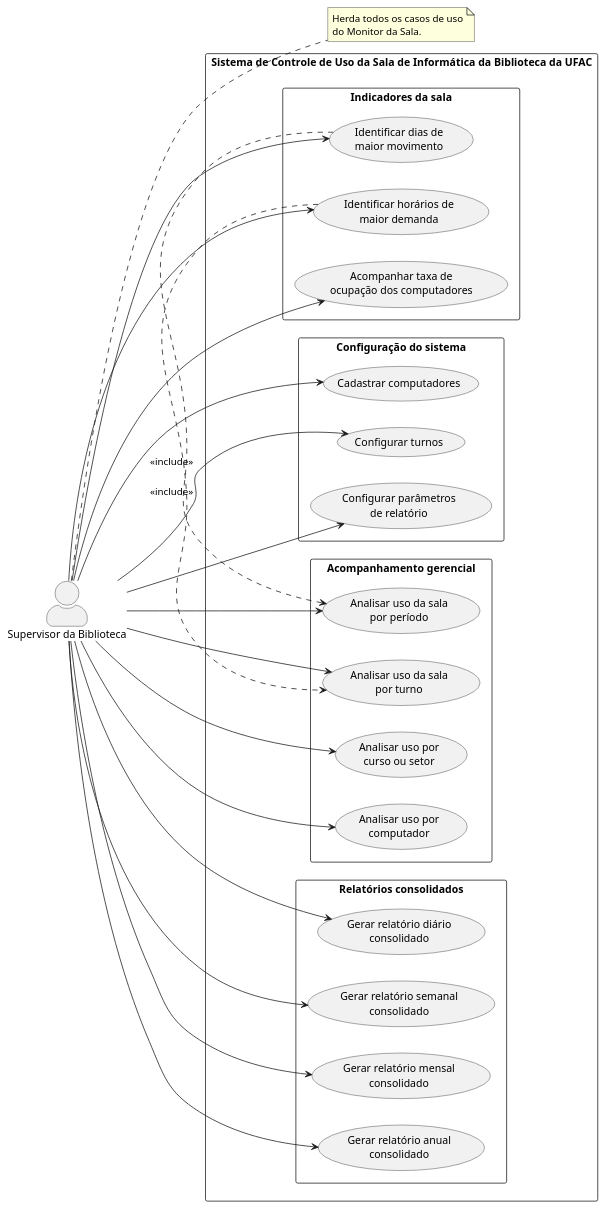
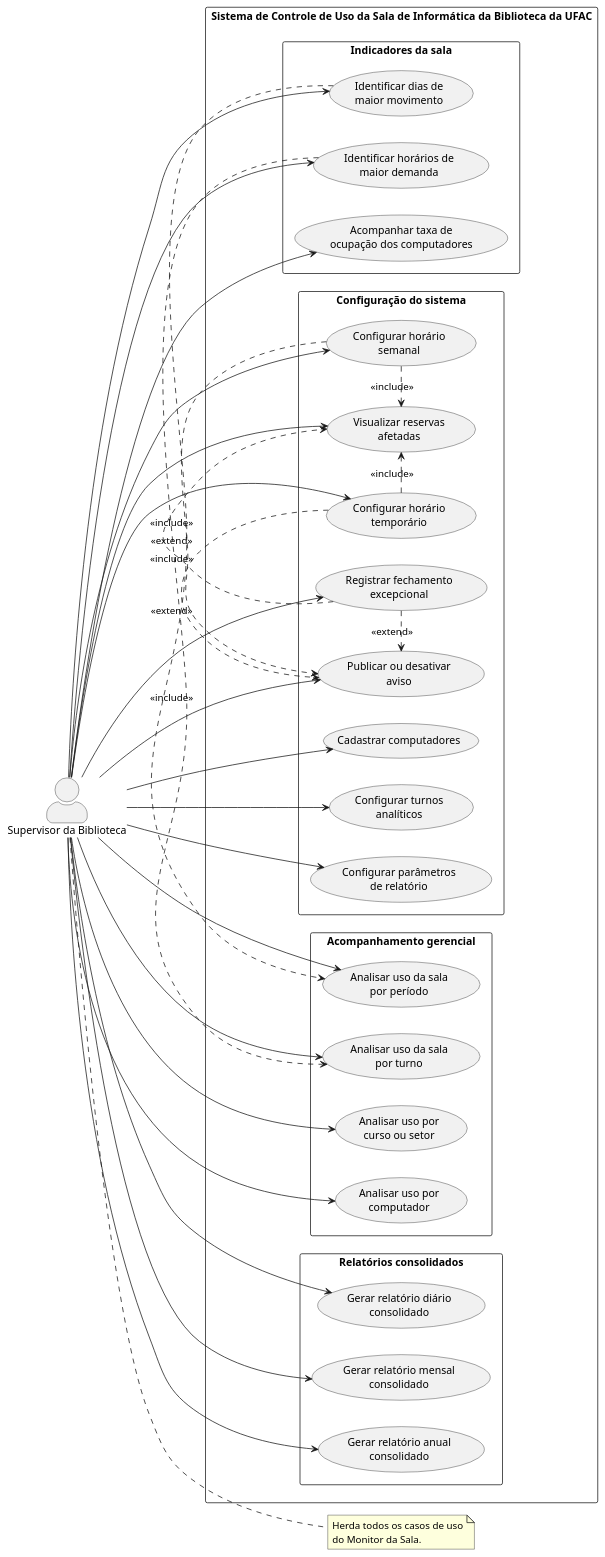
The diagram in docs/diagrams/casos-de-uso/supervisor.puml (MarcosVini753/estagio), drawn with PlantUML before and after one commit. The commit also changed 20 other files, not shown here.

```diff
--- a/docs/diagrams/casos-de-uso/supervisor.puml
+++ b/docs/diagrams/casos-de-uso/supervisor.puml
@@ -1,62 +1,76 @@
 @startuml
 left to right direction
 
 skinparam packageStyle rectangle
 skinparam actorStyle awesome
 
 actor "Supervisor da Biblioteca" as Supervisor
 
 rectangle "Sistema de Controle de Uso da Sala de Informática da Biblioteca da UFAC" {
 
   package "Configuração do sistema" {
     usecase "Cadastrar computadores" as UC01
-    usecase "Configurar turnos" as UC02
+    usecase "Configurar turnos\nanalíticos" as UC02
     usecase "Configurar parâmetros\nde relatório" as UC03
+    usecase "Configurar horário\nsemanal" as UC15
+    usecase "Configurar horário\ntemporário" as UC16
+    usecase "Registrar fechamento\nexcepcional" as UC17
+    usecase "Visualizar reservas\nafetadas" as UC18
+    usecase "Publicar ou desativar\naviso" as UC19
   }
 
   package "Acompanhamento gerencial" {
     usecase "Analisar uso da sala\npor período" as UC04
     usecase "Analisar uso da sala\npor turno" as UC05
     usecase "Analisar uso por\ncurso ou setor" as UC06
     usecase "Analisar uso por\ncomputador" as UC07
   }
 
   package "Indicadores da sala" {
     usecase "Identificar dias de\nmaior movimento" as UC08
     usecase "Identificar horários de\nmaior demanda" as UC09
     usecase "Acompanhar taxa de\nocupação dos computadores" as UC10
   }
 
   package "Relatórios consolidados" {
     usecase "Gerar relatório diário\nconsolidado" as UC11
-    usecase "Gerar relatório semanal\nconsolidado" as UC12
     usecase "Gerar relatório mensal\nconsolidado" as UC13
     usecase "Gerar relatório anual\nconsolidado" as UC14
   }
 
 }
 
 note right of Supervisor
   Herda todos os casos de uso
   do Monitor da Sala.
 end note
 
 Supervisor --> UC01
 Supervisor --> UC02
 Supervisor --> UC03
+Supervisor --> UC15
+Supervisor --> UC16
+Supervisor --> UC17
+Supervisor --> UC18
+Supervisor --> UC19
 Supervisor --> UC04
 Supervisor --> UC05
 Supervisor --> UC06
 Supervisor --> UC07
 Supervisor --> UC08
 Supervisor --> UC09
 Supervisor --> UC10
 Supervisor --> UC11
-Supervisor --> UC12
 Supervisor --> UC13
 Supervisor --> UC14
 
 UC08 .> UC04 : <<include>>
 UC09 .> UC05 : <<include>>
+UC15 .> UC18 : <<include>>
+UC16 .> UC18 : <<include>>
+UC17 .> UC18 : <<include>>
+UC15 .> UC19 : <<extend>>
+UC16 .> UC19 : <<extend>>
+UC17 .> UC19 : <<extend>>
 
 @enduml
```
